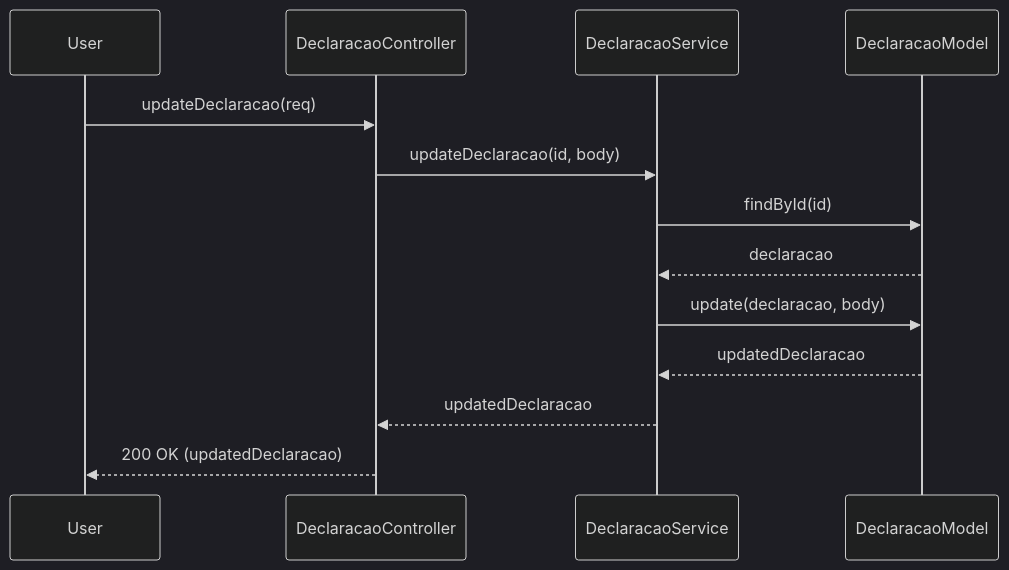
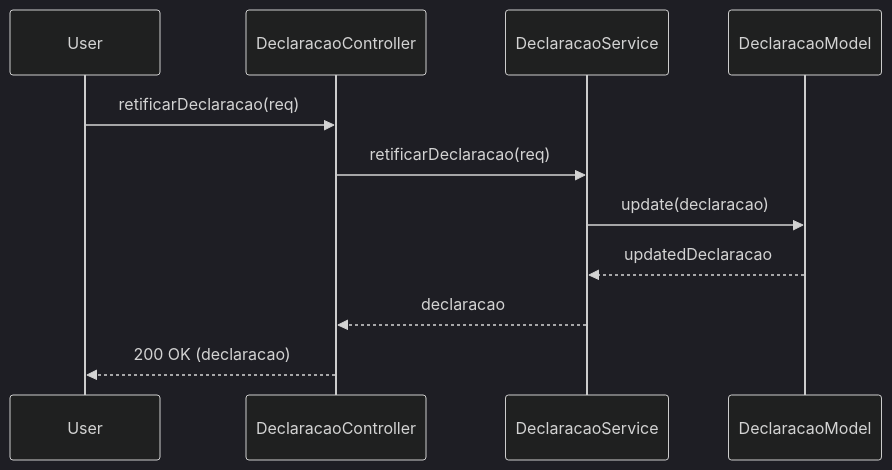
The second of 3 diagrams in docs/envio-declaracoes.md (Nocs-lab/inbcm-docs), drawn with Mermaid (dark theme) before and after one commit. The commit also changed other lines of this file and 11 other files, not shown here.

````diff
--- a/docs/envio-declaracoes.md
+++ b/docs/envio-declaracoes.md
@@ -95,16 +90,14 @@
 ```mermaid
 sequenceDiagram
     participant User
     participant DeclaracaoController
     participant DeclaracaoService
     participant DeclaracaoModel
 
-    User->>DeclaracaoController: updateDeclaracao(req)
-    DeclaracaoController->>DeclaracaoService: updateDeclaracao(id, body)
-    DeclaracaoService->>DeclaracaoModel: findById(id)
-    DeclaracaoModel-->>DeclaracaoService: declaracao
-    DeclaracaoService->>DeclaracaoModel: update(declaracao, body)
+    User->>DeclaracaoController: retificarDeclaracao(req)
+    DeclaracaoController->>DeclaracaoService: retificarDeclaracao(req)
+    DeclaracaoService->>DeclaracaoModel: update(declaracao)
     DeclaracaoModel-->>DeclaracaoService: updatedDeclaracao
-    DeclaracaoService-->>DeclaracaoController: updatedDeclaracao
-    DeclaracaoController-->>User: 200 OK (updatedDeclaracao)
+    DeclaracaoService-->>DeclaracaoController: declaracao
+    DeclaracaoController-->>User: 200 OK (declaracao)
 ```
````
